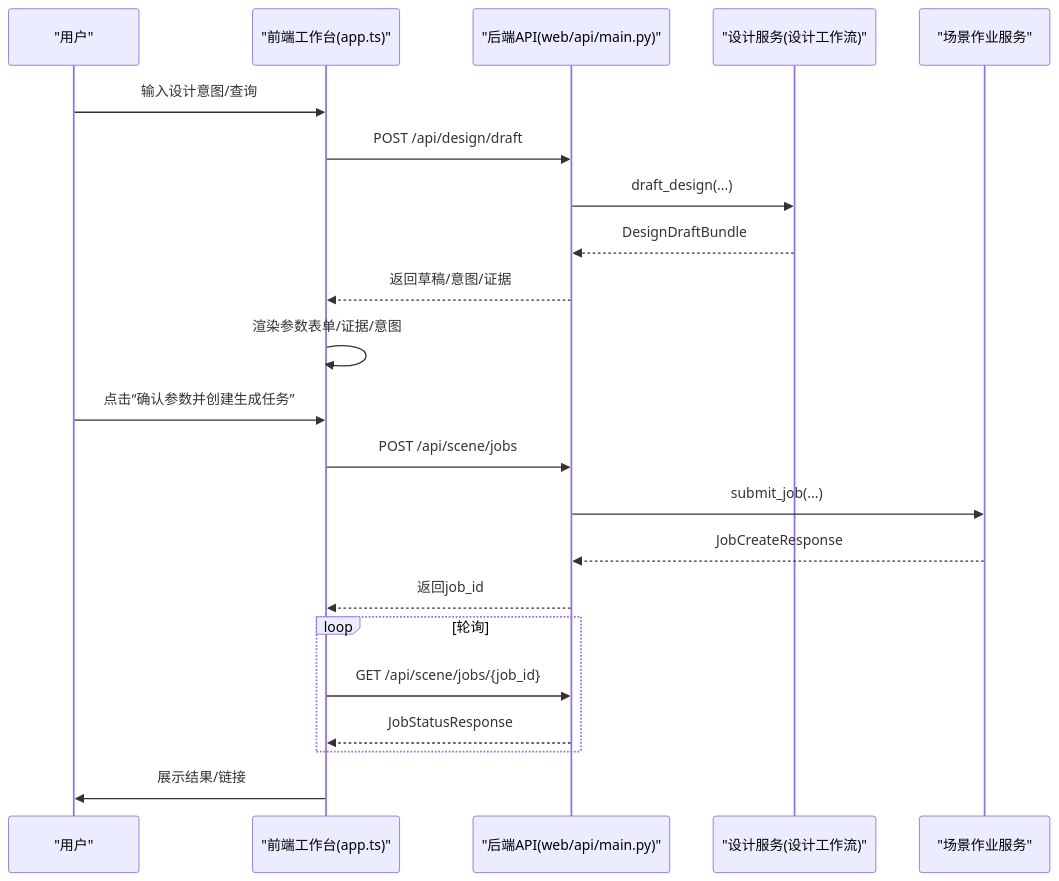
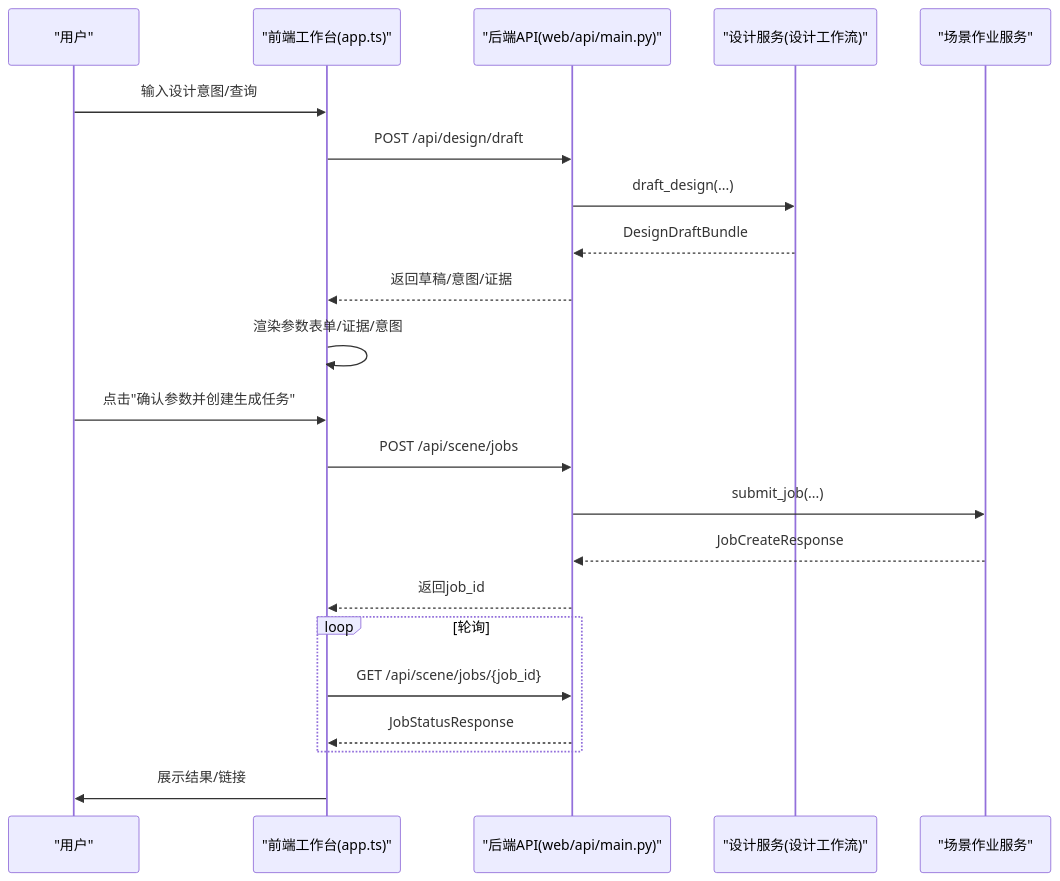
Before and after one commit to wsqstar/RoadGen3D: the second of 4 diagrams in .qoder/repowiki/zh/content/Web界面系统/工作台界面/工作台界面.md, drawn with Mermaid. The commit also changed other lines of this file and 5 other files, not shown here.

````diff
--- a/.qoder/repowiki/zh/content/Web界面系统/工作台界面/工作台界面.md
+++ b/.qoder/repowiki/zh/content/Web界面系统/工作台界面/工作台界面.md
@@ -110,24 +116,24 @@
 ```mermaid
 sequenceDiagram
 participant U as "用户"
 participant W as "前端工作台(app.ts)"
 participant S as "后端API(web/api/main.py)"
 participant DS as "设计服务(设计工作流)"
 participant JS as "场景作业服务"
 U->>W : 输入设计意图/查询
 W->>S : POST /api/design/draft
 S->>DS : draft_design(...)
 DS-->>S : DesignDraftBundle
 S-->>W : 返回草稿/意图/证据
 W->>W : 渲染参数表单/证据/意图
-U->>W : 点击“确认参数并创建生成任务”
+U->>W : 点击"确认参数并创建生成任务"
 W->>S : POST /api/scene/jobs
 S->>JS : submit_job(...)
 JS-->>S : JobCreateResponse
 S-->>W : 返回job_id
 loop 轮询
 W->>S : GET /api/scene/jobs/{job_id}
 S-->>W : JobStatusResponse
 end
 W->>U : 展示结果/链接
 ```
````
